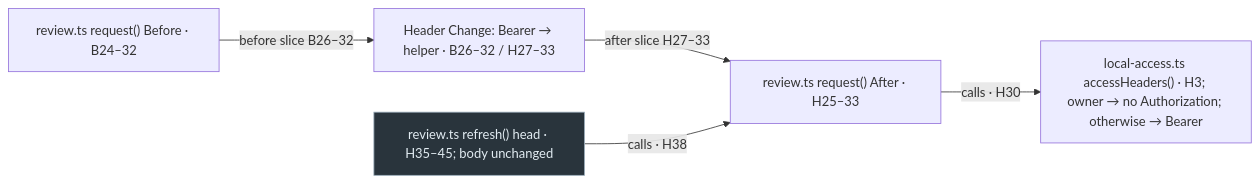
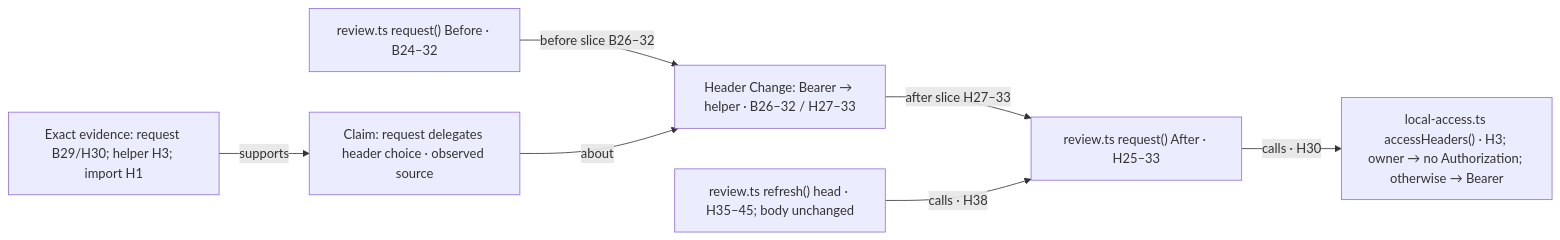
One commit to scottchu/pr-reviewer changed the diagram in docs/plans/720p/slices/05-explanation-exploration/reviews/core-request-graph-v1.mmd. Above: the diagram before and after it, drawn with Mermaid. The commit also changed 1 other file, not shown here.

Commit message:
docs: expose claim and exact evidence in core graph

```diff
--- a/docs/plans/720p/slices/05-explanation-exploration/reviews/core-request-graph-v1.mmd
+++ b/docs/plans/720p/slices/05-explanation-exploration/reviews/core-request-graph-v1.mmd
@@ -1,12 +1,14 @@
 flowchart LR
   before["review.ts request() Before · B24–32"]
   change["Header Change: Bearer → helper · B26–32 / H27–33"]
   after["review.ts request() After · H25–33"]
   refresh["review.ts refresh() head · H35–45; body unchanged"]
   helper["local-access.ts accessHeaders() · H3; owner → no Authorization; otherwise → Bearer"]
+  claim["Claim: request delegates header choice · observed source"]
+  evidence["Exact evidence: request B29/H30; helper H3; import H1"]
   before -->|"before slice B26–32"| change
   change -->|"after slice H27–33"| after
   refresh -->|"calls · H38"| after
   after -->|"calls · H30"| helper
-  classDef context fill:#29343c,stroke:#9badbb,color:#e2ecf2
-  class refresh context
+  claim -->|"about"| change
+  evidence -->|"supports"| claim
```
